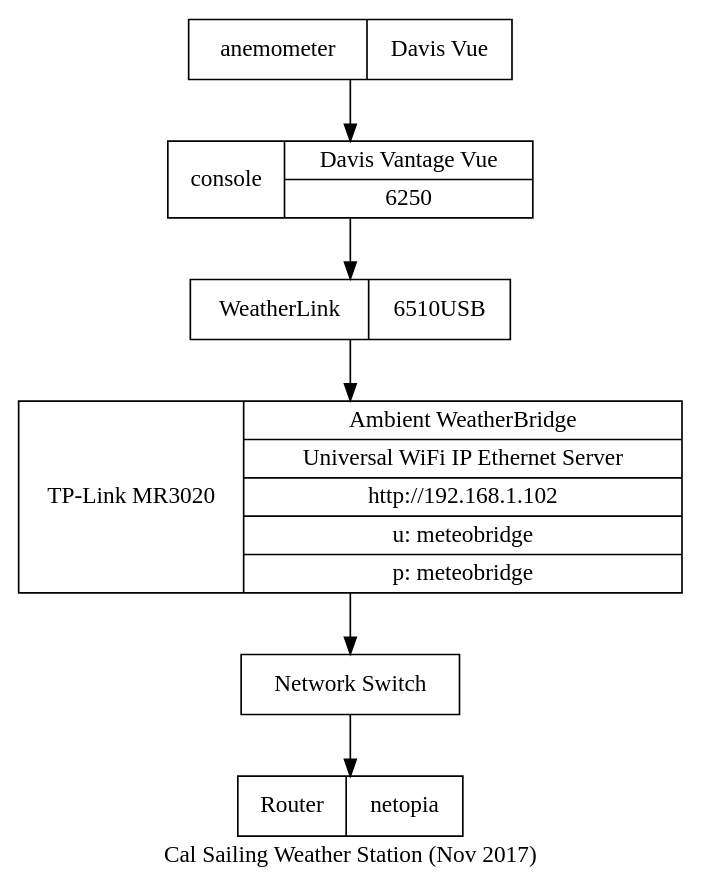
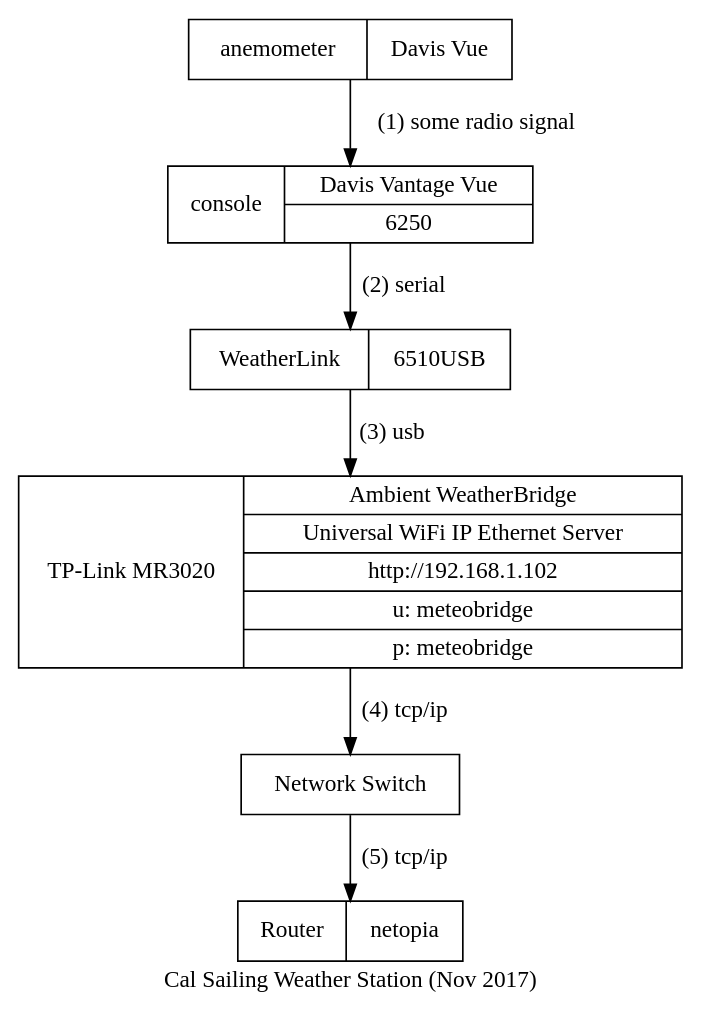
The diagram in weather-station.dot (jhpoelen/cal-sailing-cam), drawn with Graphviz before and after one commit. The commit also changed 1 other file, not shown here.

Commit message:
add steps to weather station diagram

```diff
--- a/weather-station.dot
+++ b/weather-station.dot
@@ -1,32 +1,32 @@
 digraph rendle {
     "wind" [
        label = "anemometer | { Davis Vue }"
        shape = "record"
     ]
     "console" [
         label = "console | { Davis Vantage Vue  | 6250 }"
 	 shape = "record"
     ]
     "link" [
         label = "WeatherLink | { 6510USB }"
         shape = "record"
     ]
     "link-ip" [
         label = "TP-Link MR3020  | { Ambient WeatherBridge | Universal WiFi IP Ethernet Server | http://192.168.1.102 | u: meteobridge | p: meteobridge }"
         shape = "record"
     ]
     "switch" [
         label = "Network Switch"
         shape = "record"
     ]
     "router" [
         label = "Router | { netopia }"
         shape = "record"
     ]
-    "wind"->"console"
-    "console"->"link"
-    "link"->"link-ip"
-    "link-ip"->"switch"
-    "switch"->"router"
+    "wind"->"console"[label="(1) some radio signal"]
+    "console"->"link"[label="(2) serial"]
+    "link"->"link-ip"[label="(3) usb"]
+    "link-ip"->"switch"[label="(4) tcp/ip"]
+    "switch"->"router"[label="(5) tcp/ip"]
     label="Cal Sailing Weather Station (Nov 2017)"
 }
```
